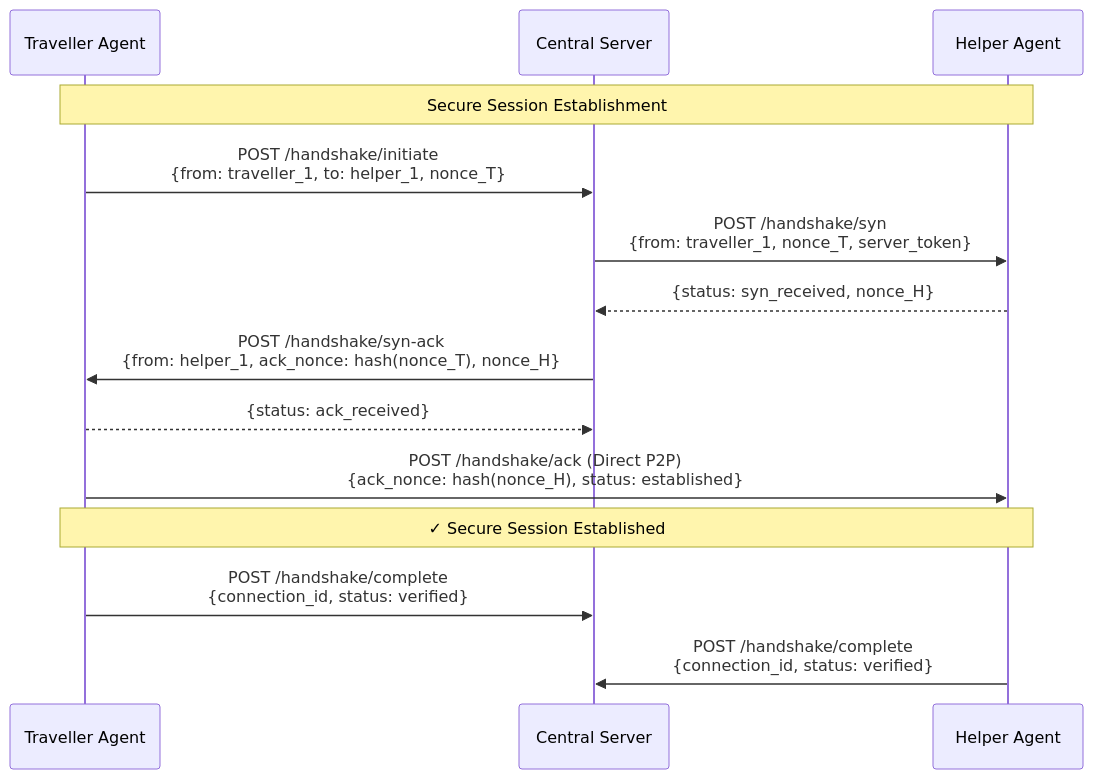
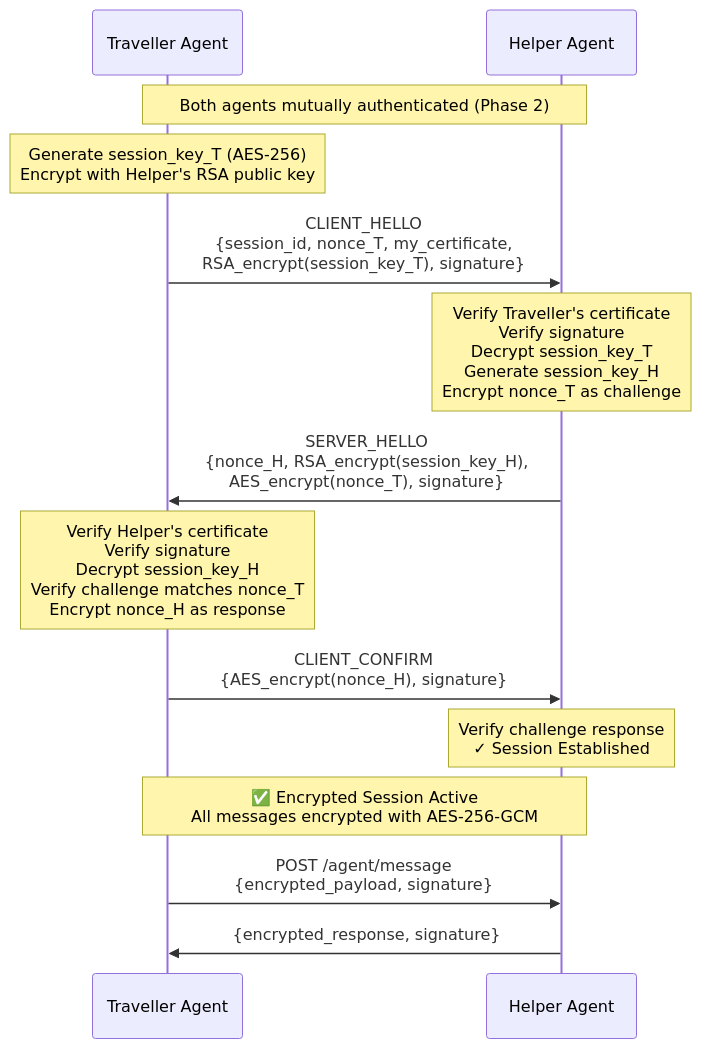
Before and after one commit to TheUnnamedOne-design/EncryptedA2AProtocol: the fifth of 6 diagrams in README.md, drawn with Mermaid. The commit also changed other lines of this file and 7 other files, not shown here.

````diff
--- a/README.md
+++ b/README.md
@@ -85,23 +244,26 @@
 ```mermaid
 sequenceDiagram
     participant T as Traveller Agent
-    participant CS as Central Server
     participant H as Helper Agent
     
-    Note over T,H: Secure Session Establishment
+    Note over T,H: Both agents mutually authenticated (Phase 2)
     
-    T->>CS: POST /handshake/initiate<br/>{from: traveller_1, to: helper_1, nonce_T}
+    Note over T: Generate session_key_T (AES-256)<br/>Encrypt with Helper's RSA public key
     
-    CS->>H: POST /handshake/syn<br/>{from: traveller_1, nonce_T, server_token}
-    H-->>CS: {status: syn_received, nonce_H}
+    T->>H: CLIENT_HELLO<br/>{session_id, nonce_T, my_certificate,<br/>RSA_encrypt(session_key_T), signature}
     
-    CS->>T: POST /handshake/syn-ack<br/>{from: helper_1, ack_nonce: hash(nonce_T), nonce_H}
-    T-->>CS: {status: ack_received}
+    Note over H: Verify Traveller's certificate<br/>Verify signature<br/>Decrypt session_key_T<br/>Generate session_key_H<br/>Encrypt nonce_T as challenge
     
-    T->>H: POST /handshake/ack (Direct P2P)<br/>{ack_nonce: hash(nonce_H), status: established}
+    H->>T: SERVER_HELLO<br/>{nonce_H, RSA_encrypt(session_key_H),<br/>AES_encrypt(nonce_T), signature}
     
-    Note over T,H: ✓ Secure Session Established
+    Note over T: Verify Helper's certificate<br/>Verify signature<br/>Decrypt session_key_H<br/>Verify challenge matches nonce_T<br/>Encrypt nonce_H as response
     
-    T->>CS: POST /handshake/complete<br/>{connection_id, status: verified}
-    H->>CS: POST /handshake/complete<br/>{connection_id, status: verified}
+    T->>H: CLIENT_CONFIRM<br/>{AES_encrypt(nonce_H), signature}
+    
+    Note over H: Verify challenge response<br/>✓ Session Established
+    
+    Note over T,H: ✅ Encrypted Session Active<br/>All messages encrypted with AES-256-GCM
+    
+    T->>H: POST /agent/message<br/>{encrypted_payload, signature}
+    H->>T: {encrypted_response, signature}
 ```
````
